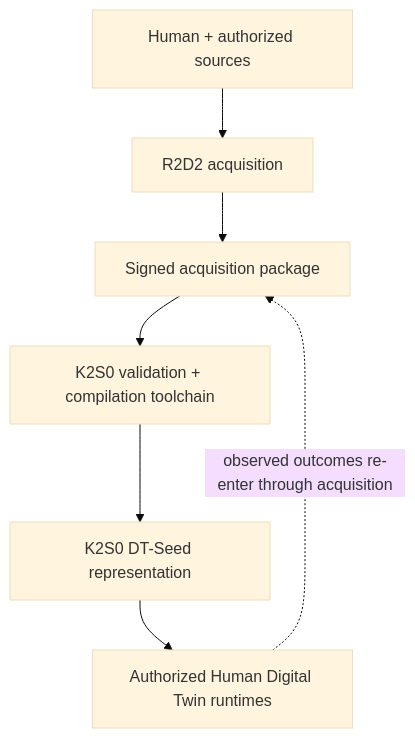
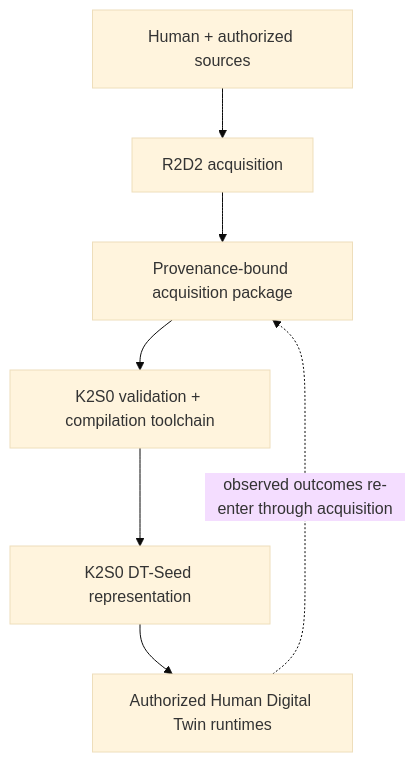
The diagram in docs/SYSTEM_BOUNDARY.md (zhenrez/K2S0), drawn with Mermaid (base theme) before and after one commit. The commit also changed 2 other files, not shown here.

Commit message:
Tighten DT-3 closeout review boundaries
Route portable seed output through policy, avoid claiming unimplemented acquisition signing, and normalize roadmap section numbering.

````diff
--- a/docs/SYSTEM_BOUNDARY.md
+++ b/docs/SYSTEM_BOUNDARY.md
@@ -18,9 +18,9 @@
 ```mermaid
 flowchart TB
   H["Human + authorized sources"] --> R["R2D2 acquisition"]
-  R --> P["Signed acquisition package"]
+  R --> P["Provenance-bound acquisition package"]
   P --> T["K2S0 validation + compilation toolchain"]
   T --> K["K2S0 DT-Seed representation"]
   K --> U["Authorized Human Digital Twin runtimes"]
   U -. "observed outcomes re-enter through acquisition" .-> P
 ```
````
